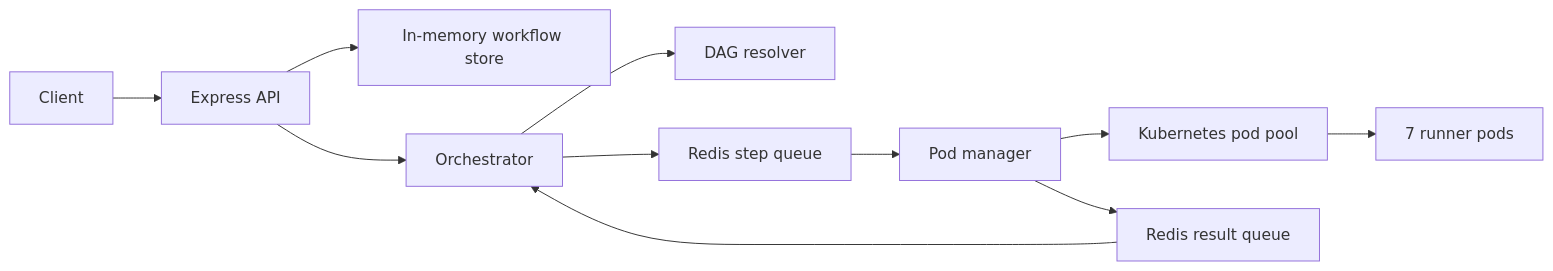
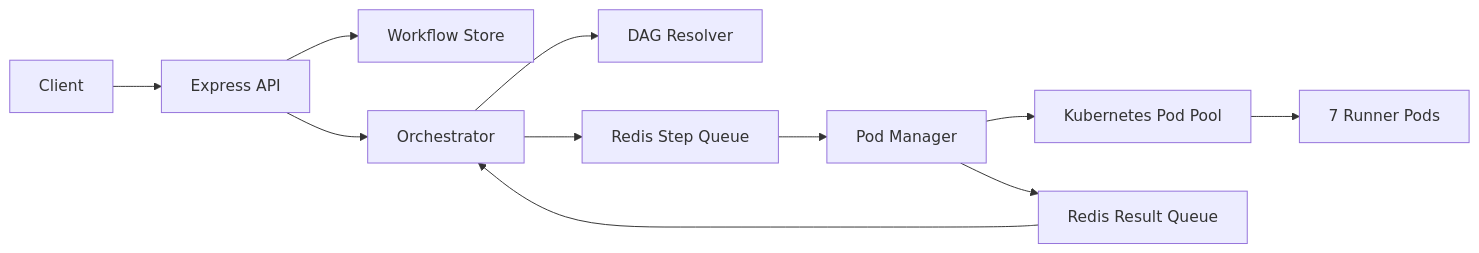
The diagram in README.md (JayBhende05/Workflow-Orchestator), drawn with Mermaid before and after one commit. The commit also changed other lines of this file, not shown here.

````diff
--- a/README.md
+++ b/README.md
@@ -108,13 +13,13 @@
 ```mermaid
 flowchart LR
-  Client[Client] --> API[Express API]
-  API --> Store[In-memory workflow store]
-  API --> Orchestrator[Orchestrator]
-  Orchestrator --> DAG[DAG resolver]
-  Orchestrator --> StepQueue[Redis step queue]
-  StepQueue --> PodManager[Pod manager]
-  PodManager --> PodPool[Kubernetes pod pool]
-  PodPool --> Runners[7 runner pods]
-  PodManager --> ResultQueue[Redis result queue]
-  ResultQueue --> Orchestrator
+    Client[Client] --> API[Express API]
+    API --> Store[Workflow Store]
+    API --> Orchestrator[Orchestrator]
+    Orchestrator --> DAG[DAG Resolver]
+    Orchestrator --> StepQueue[Redis Step Queue]
+    StepQueue --> PodManager[Pod Manager]
+    PodManager --> PodPool[Kubernetes Pod Pool]
+    PodPool --> Runners[7 Runner Pods]
+    PodManager --> ResultQueue[Redis Result Queue]
+    ResultQueue --> Orchestrator
 ```
````
